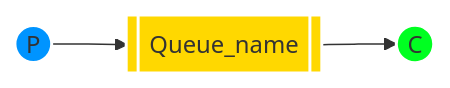
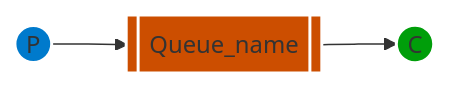
Before and after one commit to Zorin-Mykhailo/Hillel2024__DotNET: the fourth of 7 diagrams in COURSE/THEORY/RabbitMQ/RabbitMQ_tutorials.md, drawn with Mermaid. The commit also changed other lines of this file, not shown here.

````diff
--- a/COURSE/THEORY/RabbitMQ/RabbitMQ_tutorials.md
+++ b/COURSE/THEORY/RabbitMQ/RabbitMQ_tutorials.md
@@ -65,12 +65,12 @@
 ```mermaid
 flowchart LR;
     P((P))
     Q[[Queue_name]]
     C((C))
 
-    style P fill:#0094FF, stroke:#FFFFFF,stroke-width:2px
-    style Q fill:#FFD800, stroke:#FFFFFF,stroke-width:2px
-    style C fill:#00FF21, stroke:#FFFFFF,stroke-width:2px
+    style P fill:#007ACC, stroke:#FFFFFF,stroke-width:2px
+    style Q fill:#CC4E00, stroke:#FFFFFF,stroke-width:2px
+    style C fill:#009E0A, stroke:#FFFFFF,stroke-width:2px
 
     P-->Q-->C
 ```
````
